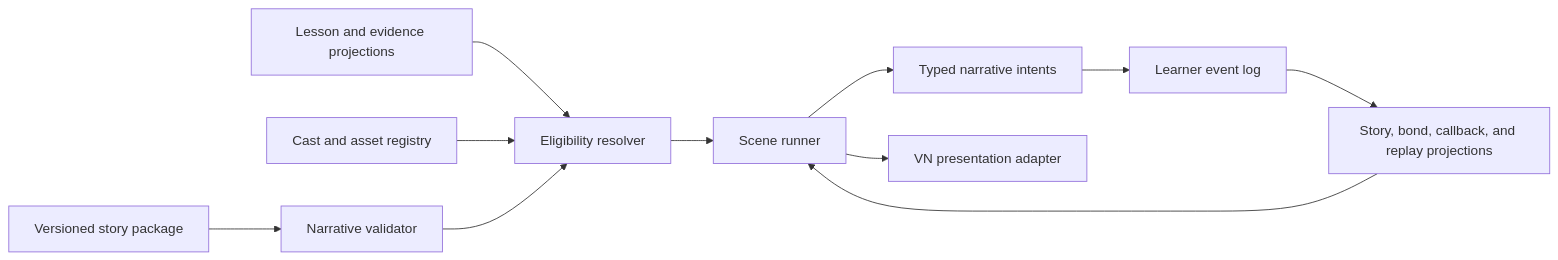
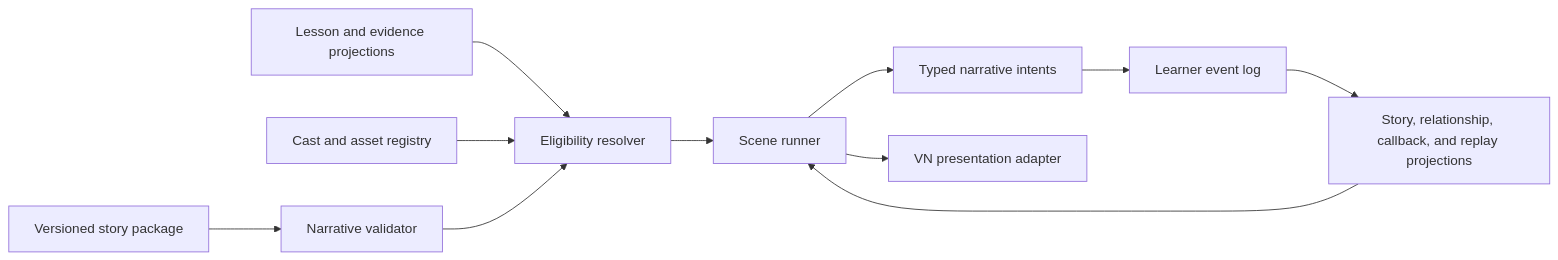
One commit to HRussellZFAC023/yomu-reader changed the diagram in docs/academy/story/SCRIPT-ARCHITECTURE.md. Above: the diagram before and after it, drawn with Mermaid. The commit also changed other lines of this file and 1176 other files, not shown here.

````diff
--- a/docs/academy/story/SCRIPT-ARCHITECTURE.md
+++ b/docs/academy/story/SCRIPT-ARCHITECTURE.md
@@ -9,13 +9,13 @@
 ```mermaid
 flowchart LR
   Script["Versioned story package"] --> Validator["Narrative validator"]
   Lesson["Lesson and evidence projections"] --> Eligibility["Eligibility resolver"]
   Consent["Cast and asset registry"] --> Eligibility
   Validator --> Eligibility
   Eligibility --> Runner["Scene runner"]
   Runner --> Intent["Typed narrative intents"]
   Intent --> EventLog["Learner event log"]
-  EventLog --> Projection["Story, bond, callback, and replay projections"]
+  EventLog --> Projection["Story, relationship, callback, and replay projections"]
   Projection --> Runner
   Runner --> Presentation["VN presentation adapter"]
 ```
````
